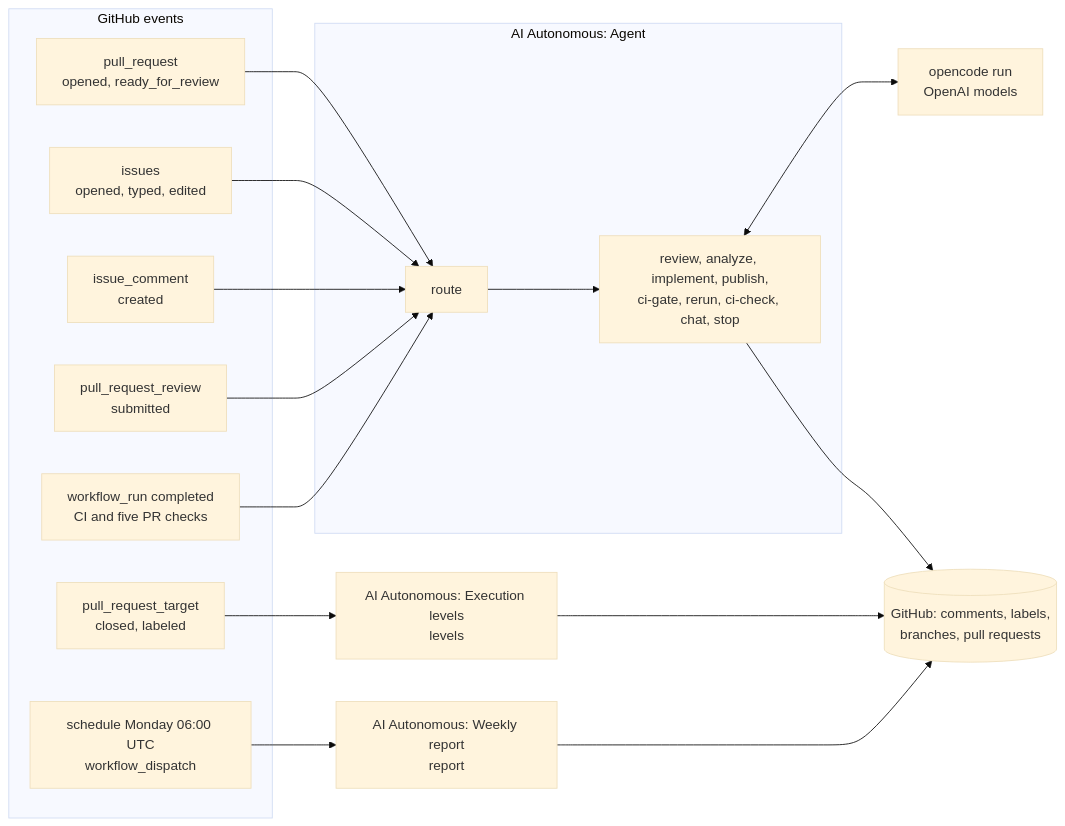
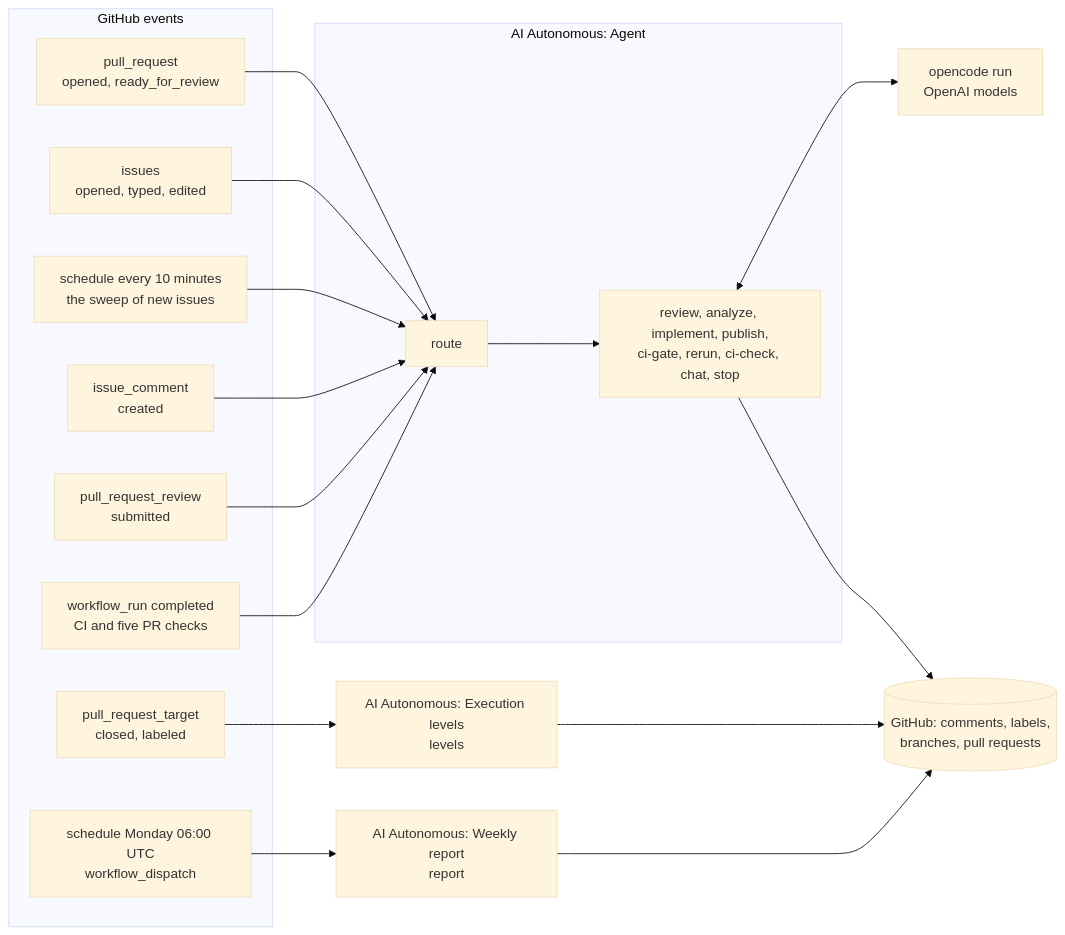
Before and after one commit to Netcracker/qubership-apihub: the first of 11 diagrams in docs/internal/autonomous-agent/architecture.md, drawn with Mermaid (base theme). The commit also changed other lines of this file and 23 other files, not shown here.

First line of the commit message:
feat(ci): analyze new issues after a grace period and review every pull request

````diff
--- a/docs/internal/autonomous-agent/architecture.md
+++ b/docs/internal/autonomous-agent/architecture.md
@@ -30,30 +30,32 @@
 ```mermaid
 flowchart LR
   subgraph events["GitHub events"]
     PR["pull_request<br/>opened, ready_for_review"]
     IS["issues<br/>opened, typed, edited"]
+    SW["schedule every 10 minutes<br/>the sweep of new issues"]
     IC["issue_comment<br/>created"]
     PRR["pull_request_review<br/>submitted"]
     WR["workflow_run completed<br/>CI and five PR checks"]
     PRT["pull_request_target<br/>closed, labeled"]
     CRON["schedule Monday 06:00 UTC<br/>workflow_dispatch"]
   end
   subgraph agentwf["AI Autonomous: Agent"]
     ROUTE["route"]
     JOBS["review, analyze, implement, publish,<br/>ci-gate, rerun, ci-check, chat, stop"]
   end
   LEVELS["AI Autonomous: Execution levels<br/>levels"]
   REPORT["AI Autonomous: Weekly report<br/>report"]
   PR --> ROUTE
   IS --> ROUTE
+  SW --> ROUTE
   IC --> ROUTE
   PRR --> ROUTE
   WR --> ROUTE
   ROUTE --> JOBS
   PRT --> LEVELS
   CRON --> REPORT
   JOBS --> GH[("GitHub: comments, labels,<br/>branches, pull requests")]
   LEVELS --> GH
   REPORT --> GH
   JOBS <--> OC["opencode run<br/>OpenAI models"]
 ```
````
